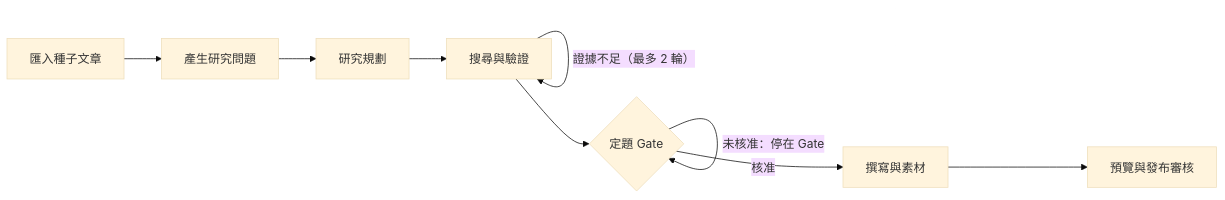
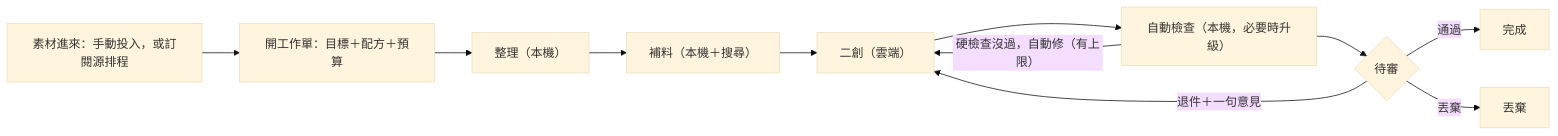
Before and after one commit to Zenobia000/evidence-forge: the diagram in docs/10-truth/requirements/prd.md, drawn with Mermaid (base theme). The commit also changed other lines of this file and 43 other files, not shown here.

````diff
--- a/docs/10-truth/requirements/prd.md
+++ b/docs/10-truth/requirements/prd.md
@@ -21,11 +17,13 @@
 ```mermaid
 flowchart LR
-    A["匯入種子文章"] --> B["產生研究問題"]
-    B --> C["研究規劃"]
-    C --> D["搜尋與驗證"]
-    D -- "證據不足（最多 2 輪）" --> D
-    D --> E{"定題 Gate"}
-    E -- "未核准：停在 Gate" --> E
-    E -- "核准" --> F["撰寫與素材"]
-    F --> G["預覽與發布審核"]
+    A["素材進來：手動投入，或訂閱源排程"] --> B["開工作單：目標＋配方＋預算"]
+    B --> C["整理（本機）"]
+    C --> D["補料（本機＋搜尋）"]
+    D --> E["二創（雲端）"]
+    E --> F["自動檢查（本機，必要時升級）"]
+    F -- "硬檢查沒過，自動修（有上限）" --> E
+    F --> G{"待審"}
+    G -- "通過" --> H["完成"]
+    G -- "退件＋一句意見" --> E
+    G -- "丟棄" --> X["丟棄"]
 ```
````
